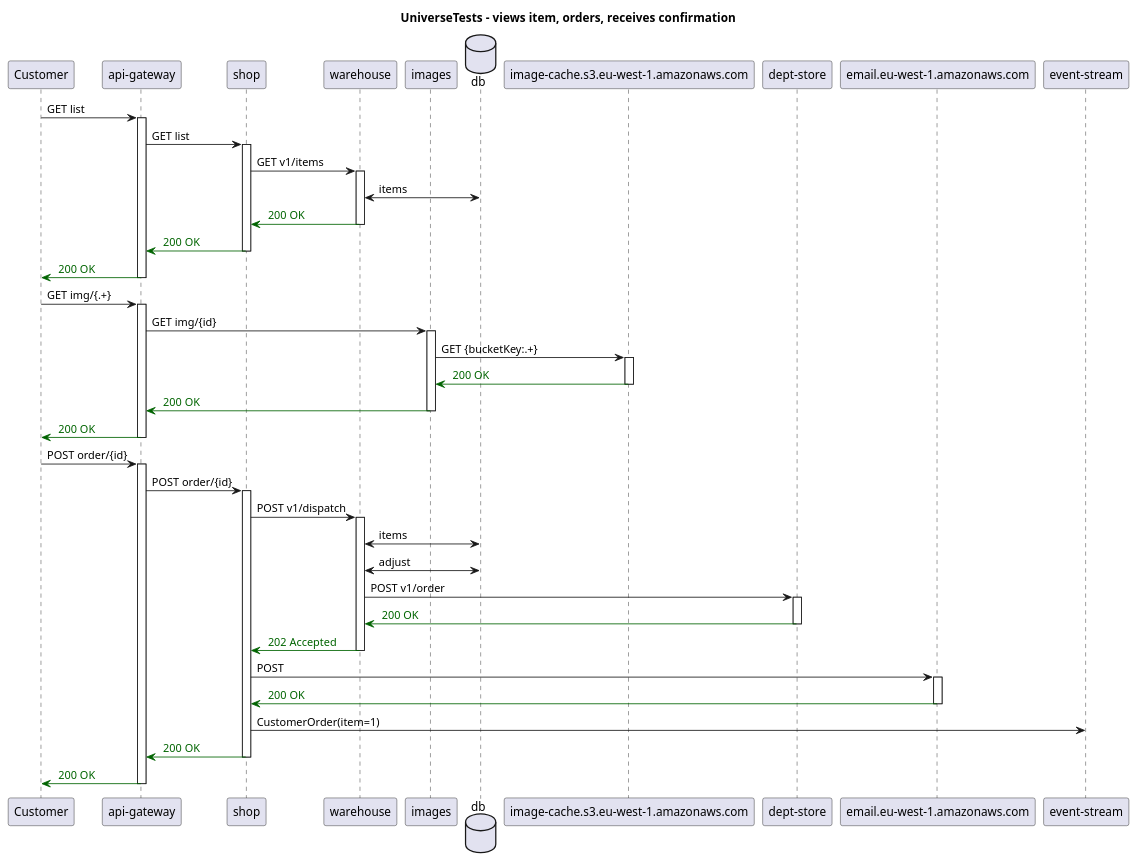
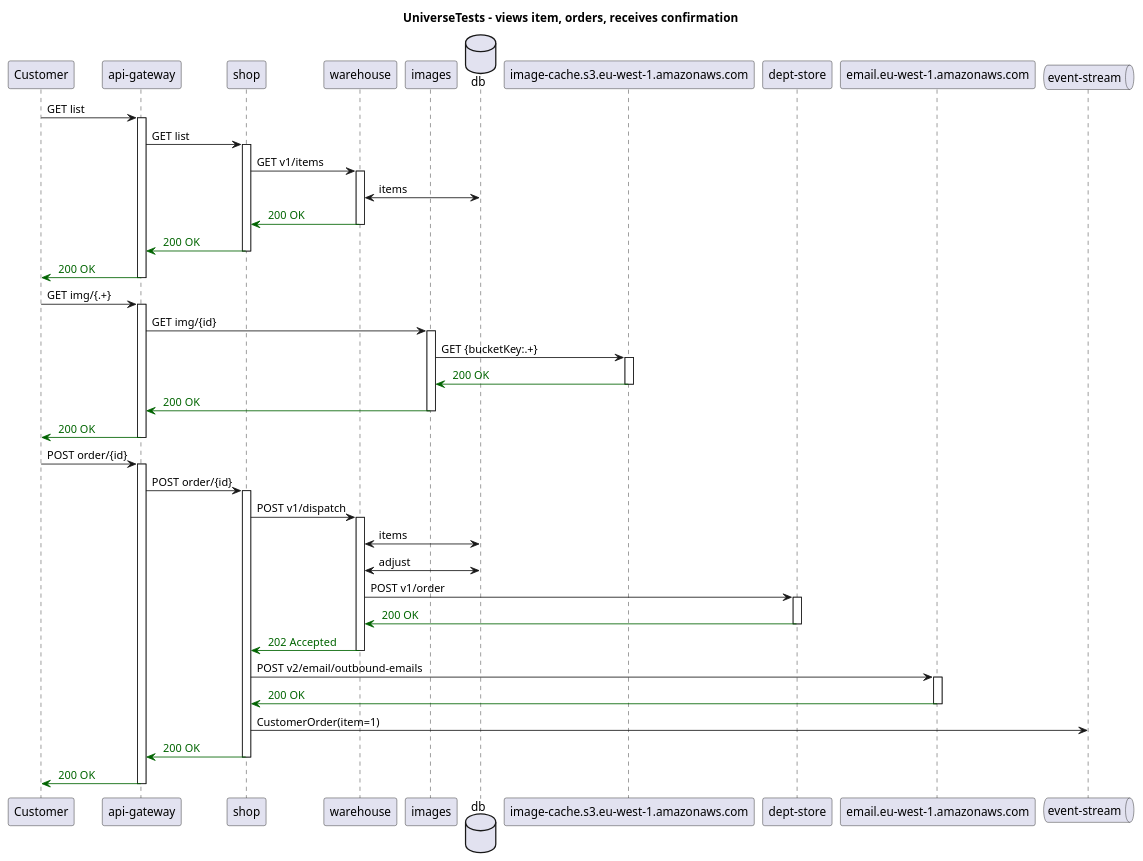
The diagram in e2e/.generated/UniverseTests - views item, orders, receives confirmation - Sequence.puml (http4k/exploring-the-testing-hyperpyramid), drawn with PlantUML before and after one commit. The commit also changed 29 other files, not shown here.

```diff
--- a/e2e/.generated/UniverseTests - views item, orders, receives confirmation - Sequence.puml
+++ b/e2e/.generated/UniverseTests - views item, orders, receives confirmation - Sequence.puml
@@ -1,64 +1,64 @@
 @startuml
 title UniverseTests - views item, orders, receives confirmation
 participant "Customer"
 participant "api-gateway"
 participant "shop"
 participant "warehouse"
 participant "images"
 database "db"
 participant "image-cache.s3.eu-west-1.amazonaws.com"
 participant "dept-store"
 participant "email.eu-west-1.amazonaws.com"
-participant "event-stream"
+queue "event-stream"
 "Customer" -> "api-gateway": GET list
 activate "api-gateway"
 "api-gateway" -> "shop": GET list
 activate "shop"
 "shop" -> "warehouse": GET v1/items
 activate "warehouse"
 "warehouse" <-> "db": items
 "warehouse" -[#DarkGreen]> "shop": <color:DarkGreen> 200 OK
 deactivate "warehouse"
 "shop" -[#DarkGreen]> "api-gateway": <color:DarkGreen> 200 OK
 deactivate "shop"
 "api-gateway" -[#DarkGreen]> "Customer": <color:DarkGreen> 200 OK
 deactivate "api-gateway"
 "Customer" -> "api-gateway": GET img/{.+}
 activate "api-gateway"
 "api-gateway" -> "images": GET img/{id}
 activate "images"
 "images" -> "image-cache.s3.eu-west-1.amazonaws.com": GET {bucketKey:.+}
 activate "image-cache.s3.eu-west-1.amazonaws.com"
 
 "image-cache.s3.eu-west-1.amazonaws.com" -[#DarkGreen]> "images": <color:DarkGreen> 200 OK
 deactivate "image-cache.s3.eu-west-1.amazonaws.com"
 "images" -[#DarkGreen]> "api-gateway": <color:DarkGreen> 200 OK
 deactivate "images"
 "api-gateway" -[#DarkGreen]> "Customer": <color:DarkGreen> 200 OK
 deactivate "api-gateway"
 "Customer" -> "api-gateway": POST order/{id}
 activate "api-gateway"
 "api-gateway" -> "shop": POST order/{id}
 activate "shop"
 "shop" -> "warehouse": POST v1/dispatch
 activate "warehouse"
 "warehouse" <-> "db": items
 "warehouse" <-> "db": adjust
 "warehouse" -> "dept-store": POST v1/order
 activate "dept-store"
 
 "dept-store" -[#DarkGreen]> "warehouse": <color:DarkGreen> 200 OK
 deactivate "dept-store"
 "warehouse" -[#DarkGreen]> "shop": <color:DarkGreen> 202 Accepted
 deactivate "warehouse"
-"shop" -> "email.eu-west-1.amazonaws.com": POST 
+"shop" -> "email.eu-west-1.amazonaws.com": POST v2/email/outbound-emails
 activate "email.eu-west-1.amazonaws.com"
 
 "email.eu-west-1.amazonaws.com" -[#DarkGreen]> "shop": <color:DarkGreen> 200 OK
 deactivate "email.eu-west-1.amazonaws.com"
 "shop" -> "event-stream": CustomerOrder(item=1)
 "shop" -[#DarkGreen]> "api-gateway": <color:DarkGreen> 200 OK
 deactivate "shop"
 "api-gateway" -[#DarkGreen]> "Customer": <color:DarkGreen> 200 OK
 deactivate "api-gateway"
 @enduml
```
